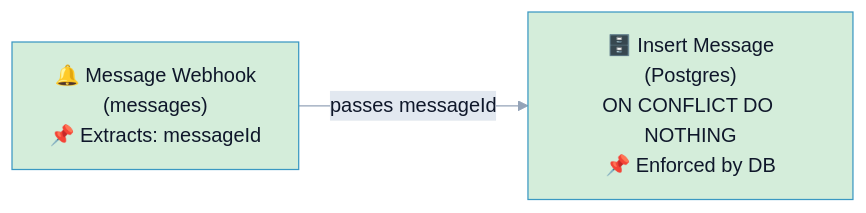
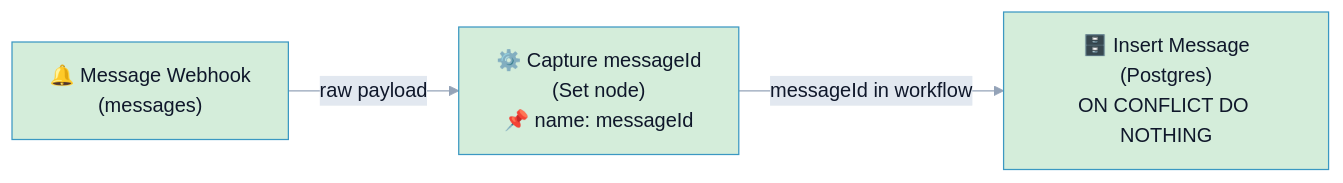
The third of 3 diagrams in R3/README.md (Replikanti/flowlint-examples), drawn with Mermaid before and after one commit. The commit also changed other lines of this file and 1 other file, not shown here.

First line of the commit message:
docs(flowlint-examples/R3): add practical fix guide and simplify examples

````diff
--- a/R3/README.md
+++ b/R3/README.md
@@ -134,8 +187,10 @@
 ```mermaid
 %%{init: { "theme": "base", "themeVariables": { "primaryColor": "#38bdf8", "secondaryColor": "#22c55e", "tertiaryColor": "#e2e8f0", "primaryTextColor": "#0f172a", "lineColor": "#94a3b8", "edgeLabelBackground": "#e2e8f0", "background": "transparent" } } }%%
 graph LR
-    A["🔔 Message Webhook<br/>(messages)<br/>📌 Extracts: messageId"] -->|passes messageId| B["🗄️ Insert Message<br/>(Postgres)<br/>ON CONFLICT DO NOTHING<br/>📌 Enforced by DB"]
+    A["🔔 Message Webhook<br/>(messages)"] -->|raw payload| B["⚙️ Capture messageId<br/>(Set node)<br/>📌 name: messageId"]
+    B -->|messageId in workflow| C["🗄️ Insert Message<br/>(Postgres)<br/>ON CONFLICT DO NOTHING"]
 
     style A fill:#d4edda
     style B fill:#d4edda
+    style C fill:#d4edda
 ```
````
